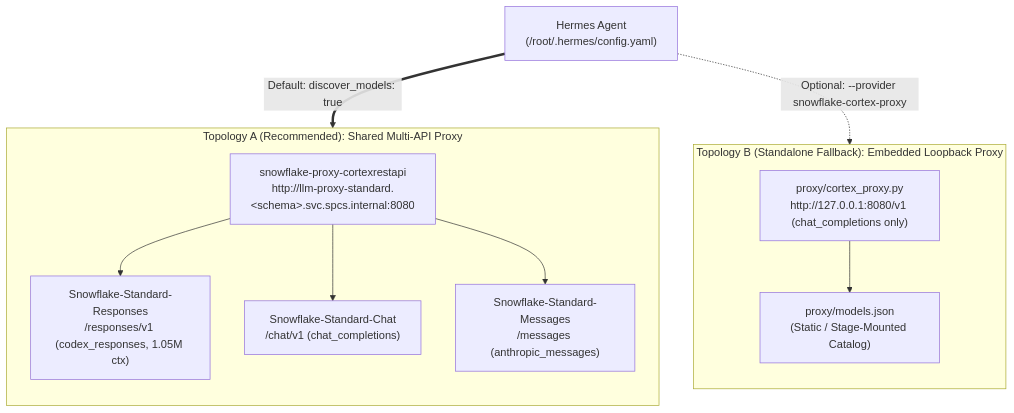
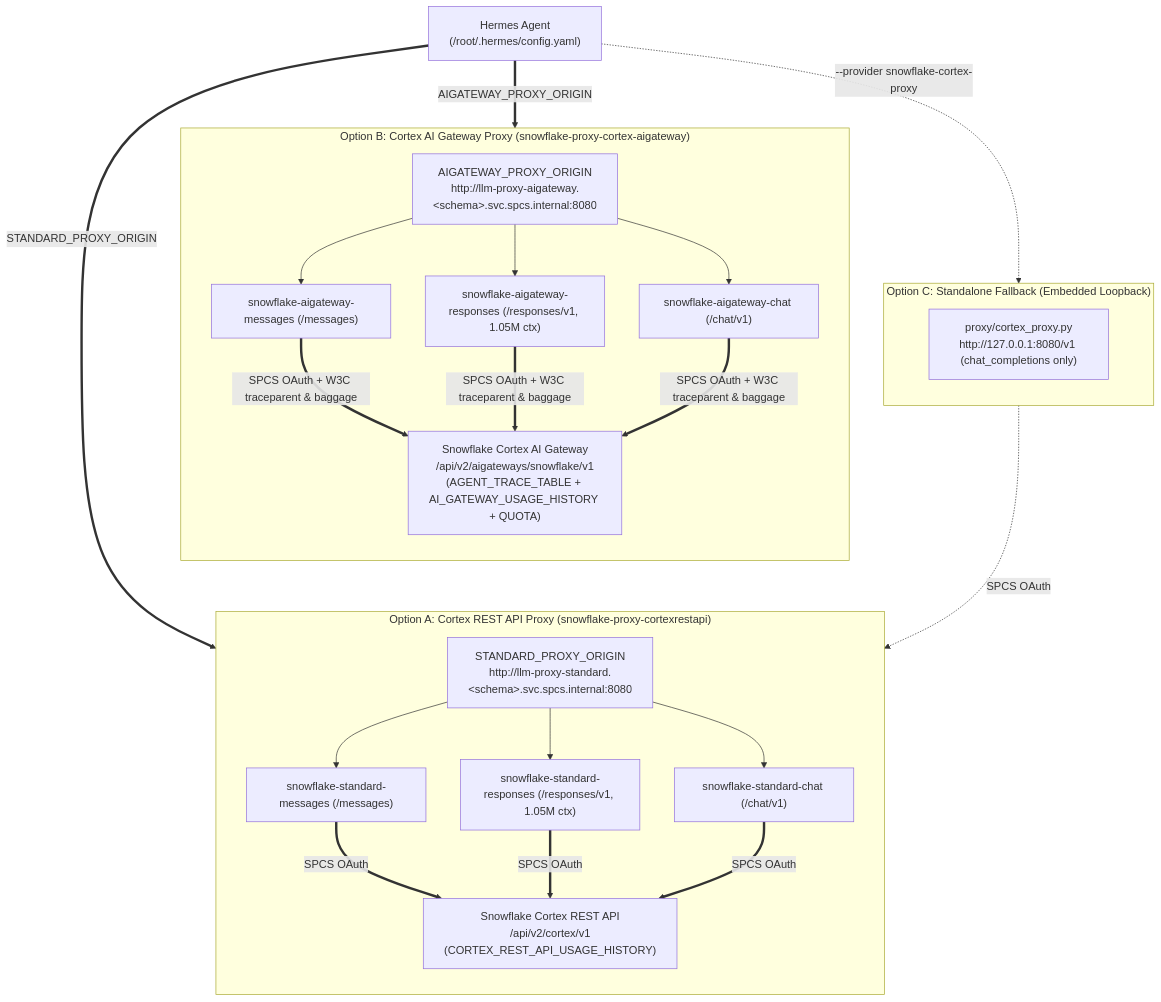
Before and after one commit to fbattaglieri-snowflake/hermes-snowflake: the second of 2 diagrams in docs/architecture.md, drawn with Mermaid. The commit also changed other lines of this file and 24 other files, not shown here.

First line of the commit message:
Add Cortex AI Gateway support, synthetic Snowflake demo, and runtime fixes (#10)

````diff
--- a/docs/architecture.md
+++ b/docs/architecture.md
@@ -65,23 +62,34 @@
 ```mermaid
 flowchart TB
     HERMES["Hermes Agent<br/>(/root/.hermes/config.yaml)"]
 
-    subgraph TopA["Topology A (Recommended): Shared Multi-API Proxy"]
+    subgraph OptA["Option A: Cortex REST API Proxy (snowflake-proxy-cortexrestapi)"]
         direction TB
-        STD["snowflake-proxy-cortexrestapi<br/>http://llm-proxy-standard.&lt;schema&gt;.svc.spcs.internal:8080"]
-        R1["Snowflake-Standard-Responses<br/>/responses/v1 (codex_responses, 1.05M ctx)"]
-        R2["Snowflake-Standard-Chat<br/>/chat/v1 (chat_completions)"]
-        R3["Snowflake-Standard-Messages<br/>/messages (anthropic_messages)"]
-        STD --> R1 & R2 & R3
+        STD["STANDARD_PROXY_ORIGIN<br/>http://llm-proxy-standard.&lt;schema&gt;.svc.spcs.internal:8080"]
+        A1["snowflake-standard-messages (/messages)"]
+        A2["snowflake-standard-responses (/responses/v1, 1.05M ctx)"]
+        A3["snowflake-standard-chat (/chat/v1)"]
+        STD --> A1 & A2 & A3
+        A1 & A2 & A3 ==>|"SPCS OAuth"| SF_REST["Snowflake Cortex REST API<br/>/api/v2/cortex/v1<br/>(CORTEX_REST_API_USAGE_HISTORY)"]
     end
 
-    subgraph TopB["Topology B (Standalone Fallback): Embedded Loopback Proxy"]
+    subgraph OptB["Option B: Cortex AI Gateway Proxy (snowflake-proxy-cortex-aigateway)"]
+        direction TB
+        GW["AIGATEWAY_PROXY_ORIGIN<br/>http://llm-proxy-aigateway.&lt;schema&gt;.svc.spcs.internal:8080"]
+        B1["snowflake-aigateway-messages (/messages)"]
+        B2["snowflake-aigateway-responses (/responses/v1, 1.05M ctx)"]
+        B3["snowflake-aigateway-chat (/chat/v1)"]
+        GW --> B1 & B2 & B3
+        B1 & B2 & B3 ==>|"SPCS OAuth + W3C traceparent & baggage"| SF_GW["Snowflake Cortex AI Gateway<br/>/api/v2/aigateways/snowflake/v1<br/>(AGENT_TRACE_TABLE + AI_GATEWAY_USAGE_HISTORY + QUOTA)"]
+    end
+
+    subgraph OptC["Option C: Standalone Fallback (Embedded Loopback)"]
         direction TB
         EMB["proxy/cortex_proxy.py<br/>http://127.0.0.1:8080/v1 (chat_completions only)"]
-        MJSON["proxy/models.json<br/>(Static / Stage-Mounted Catalog)"]
-        EMB --> MJSON
+        EMB -.->|"SPCS OAuth"| SF_REST
     end
 
-    HERMES ==>|"Default: discover_models: true"| TopA
-    HERMES -.->|"Optional: --provider snowflake-cortex-proxy"| TopB
+    HERMES ==>|"STANDARD_PROXY_ORIGIN"| OptA
+    HERMES ==>|"AIGATEWAY_PROXY_ORIGIN"| OptB
+    HERMES -.->|"--provider snowflake-cortex-proxy"| OptC
 ```
````
